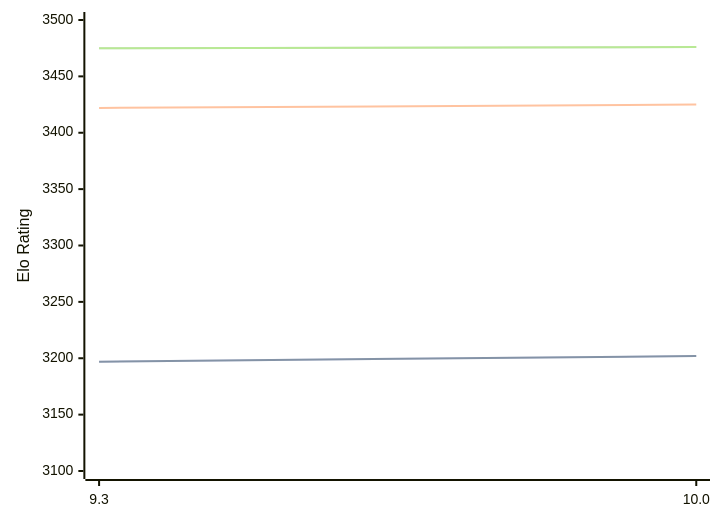
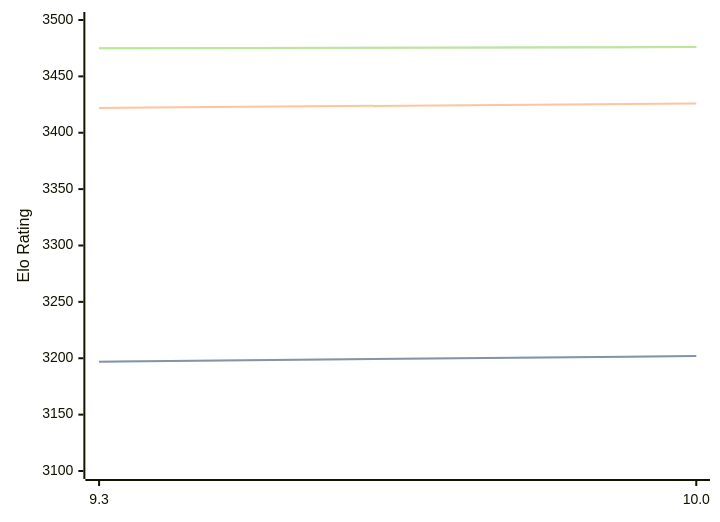
Before and after one commit to computer-chess-index/cci: the diagram in engines/Fire.md, drawn with Mermaid. The commit also changed other lines of this file, not shown here.

````diff
--- a/engines/Fire.md
+++ b/engines/Fire.md
@@ -47,11 +47,11 @@
 ```mermaid
 %%{init: {"theme":"base","themeVariables":{"seriesColors:['#a3a3a3','#222221','#faa371']}}}%%
 xychart-beta
   x-axis ["9.3", "10.0"]
   y-axis "Elo Rating" 3100 --> 3500
   line "STC (8.0+0.08s)" [3197, 3202]
   line "STC (8.0+0.08s)" [3197, 3202]
-  line "LTC (60.0+0.60s)" [3422, 3425]
+  line "LTC (60.0+0.60s)" [3422, 3426]
   line "VLTC (2m24s+1.12s)" [3475, 3476]
   line "VLTC (2m24s+1.12s)" [3475, 3476]
 ```
````
